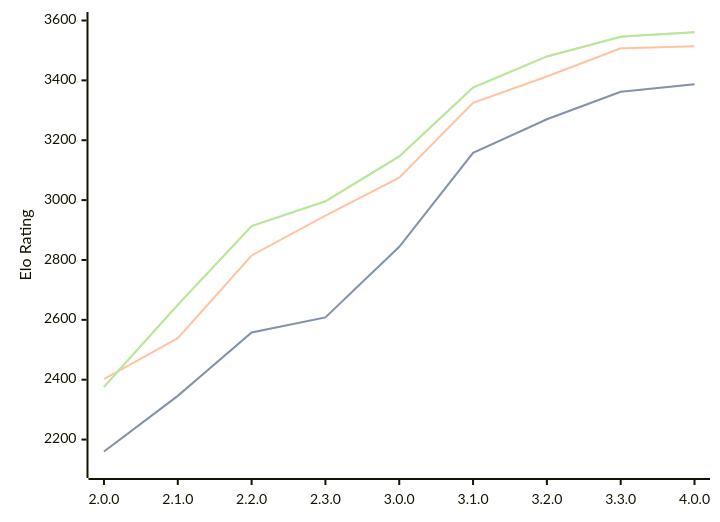
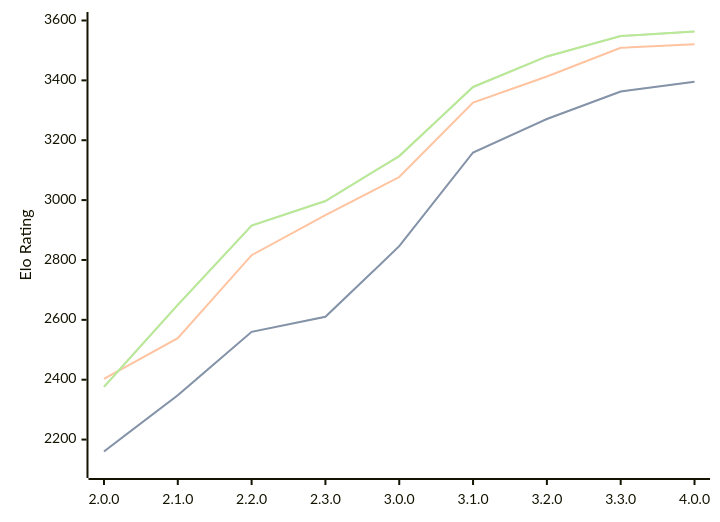
Before and after one commit to computer-chess-index/cci: the diagram in engines/Raphael.md, drawn with Mermaid. The commit also changed other lines of this file, not shown here.

Commit message:
Update CCI Ratings (ELO VLTC) - 2026-05-01

````diff
--- a/engines/Raphael.md
+++ b/engines/Raphael.md
@@ -51,11 +51,11 @@
 ```mermaid
 %%{init: {"theme":"base","themeVariables":{"seriesColors:['#a3a3a3','#222221','#faa371']}}}%%
 xychart-beta
   x-axis ["2.0.0", "2.1.0", "2.2.0", "2.3.0", "3.0.0", "3.1.0", "3.2.0", "3.3.0", "4.0.0"]
   y-axis "Elo Rating" 2100 --> 3600
-  line "STC (8.0+0.08s)" [2160, 2346, 2558, 2608, 2844, 3158, 3270, 3362, 3387]
-  line "STC (8.0+0.08s)" [2160, 2346, 2558, 2608, 2844, 3158, 3270, 3362, 3387]
-  line "LTC (60.0+0.60s)" [2402, 2539, 2815, 2948, 3075, 3325, 3413, 3507, 3514]
-  line "VLTC (2m24s+1.12s)" [2376, 2650, 2913, 2996, 3146, 3376, 3480, 3546, 3561]
-  line "VLTC (2m24s+1.12s)" [2376, 2650, 2913, 2996, 3146, 3376, 3480, 3546, 3561]
+  line "STC (8.0+0.08s)" [2160, 2348, 2560, 2610, 2846, 3159, 3271, 3363, 3395]
+  line "STC (8.0+0.08s)" [2160, 2348, 2560, 2610, 2846, 3159, 3271, 3363, 3395]
+  line "LTC (60.0+0.60s)" [2403, 2539, 2816, 2950, 3077, 3326, 3413, 3509, 3521]
+  line "VLTC (2m24s+1.12s)" [2376, 2650, 2915, 2997, 3147, 3378, 3480, 3548, 3563]
+  line "VLTC (2m24s+1.12s)" [2376, 2650, 2915, 2997, 3147, 3378, 3480, 3548, 3563]
 ```
````
